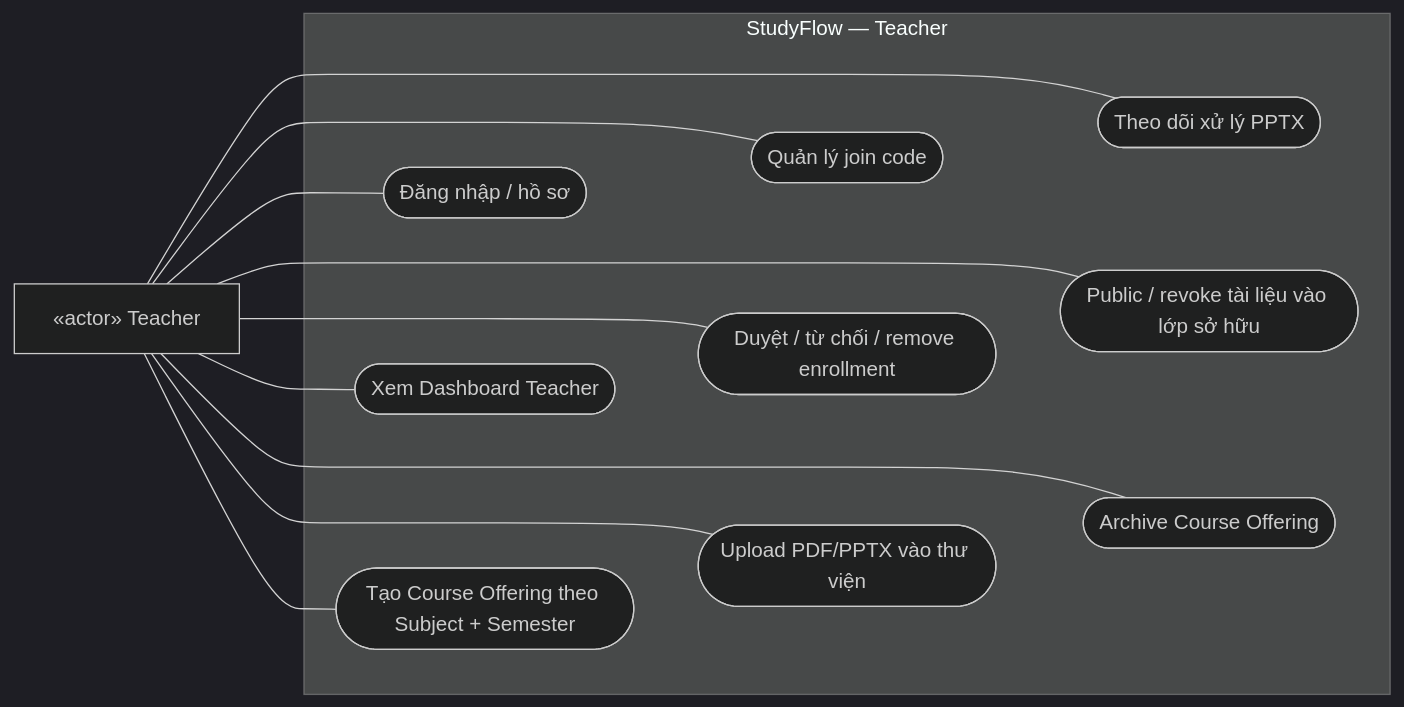
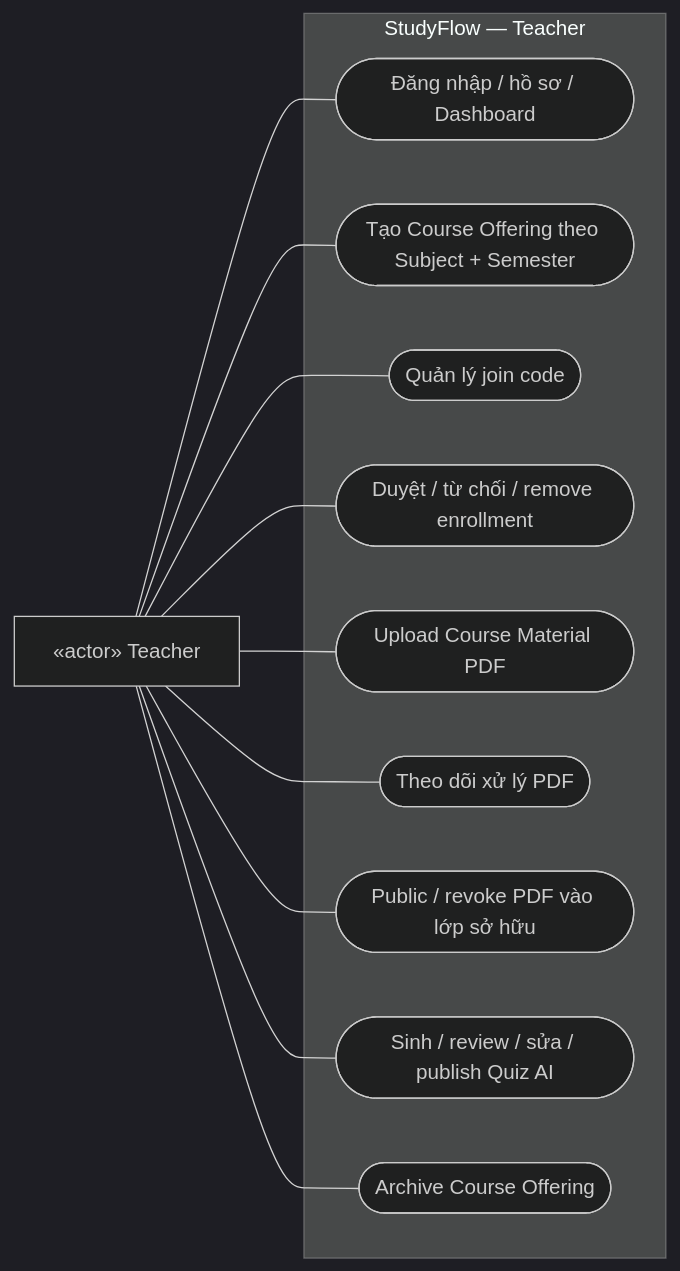
Before and after one commit to bch7504/DATN: the diagram in docs/diagrams/chuong-2/use-case-03-teacher.mmd, drawn with Mermaid (dark theme). The commit also changed 128 other files, not shown here.

Commit message:
feat: align StudyFlow with PDF AI assistant flow

```diff
--- a/docs/diagrams/chuong-2/use-case-03-teacher.mmd
+++ b/docs/diagrams/chuong-2/use-case-03-teacher.mmd
@@ -1,17 +1,14 @@
 flowchart LR
   T["«actor» Teacher"]
   subgraph SYS["StudyFlow — Teacher"]
-    A(["Đăng nhập / hồ sơ"])
-    DASH(["Xem Dashboard Teacher"])
+    A(["Đăng nhập / hồ sơ / Dashboard"])
     B(["Tạo Course Offering theo Subject + Semester"])
     C(["Quản lý join code"])
     D(["Duyệt / từ chối / remove enrollment"])
-    E(["Upload PDF/PPTX vào thư viện"])
-    F(["Theo dõi xử lý PPTX"])
-    G(["Public / revoke tài liệu vào lớp sở hữu"])
-    H(["Archive Course Offering"])
+    E(["Upload Course Material PDF"])
+    F(["Theo dõi xử lý PDF"])
+    G(["Public / revoke PDF vào lớp sở hữu"])
+    H(["Sinh / review / sửa / publish Quiz AI"])
+    I(["Archive Course Offering"])
   end
-  T --- A & DASH & B & C & D & E & F & G & H
-  A ~~~ C ~~~ F
-  DASH ~~~ D ~~~ G
-  B ~~~ E ~~~ H
+  T --- A & B & C & D & E & F & G & H & I
```
